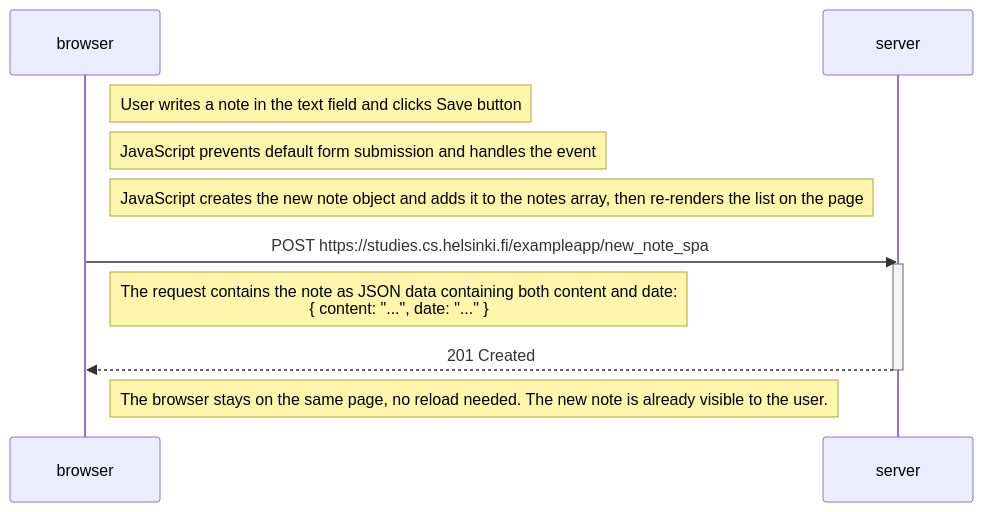
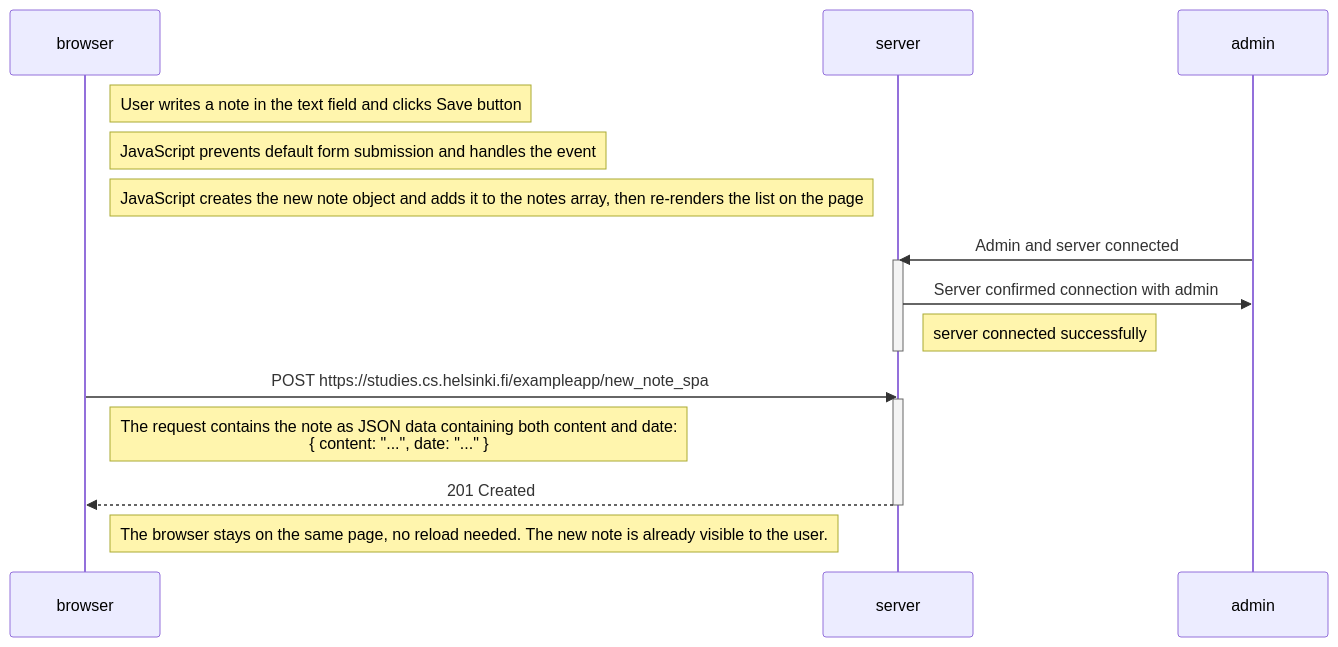
Before and after one commit to mhd-shegil/fullstackopen: the diagram in part0/0.6.mermaid, drawn with Mermaid.

Commit message:
Add admin participant to sequence diagram

```diff
--- a/part0/0.6.mermaid
+++ b/part0/0.6.mermaid
@@ -1,18 +1,27 @@
 sequenceDiagram
     participant browser
     participant server
+    participant admin
 
     Note right of browser: User writes a note in the text field and clicks Save button
     
     Note right of browser: JavaScript prevents default form submission and handles the event
     
     Note right of browser: JavaScript creates the new note object and adds it to the notes array, then re-renders the list on the page
+
+    admin->>server: Admin and server connected
+    activate server
+
+    server->>admin: Server confirmed connection with admin
+    Note right of server: server connected successfully
+    deactivate server
+
     
     browser->>server: POST https://studies.cs.helsinki.fi/exampleapp/new_note_spa
     activate server
     Note right of browser: The request contains the note as JSON data containing both content and date: <br/> { content: "...", date: "..." }
     
     server-->>browser: 201 Created
     deactivate server
     
     Note right of browser: The browser stays on the same page, no reload needed. The new note is already visible to the user.
```
